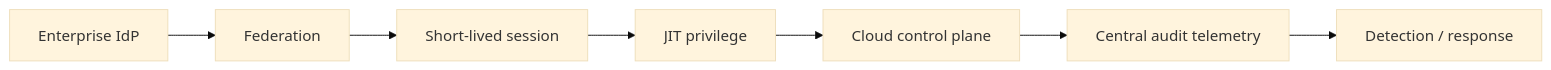
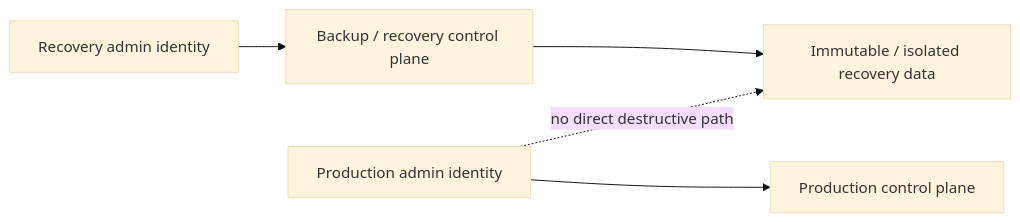
The diagram in architecture/cloud-controls.md (moruku36/security-landscape-2026), drawn with Mermaid (base theme) before and after one commit. The commit also changed other lines of this file, not shown here.

Commit message:
docs: deepen Azure AWS GCP control mapping

````diff
--- a/architecture/cloud-controls.md
+++ b/architecture/cloud-controls.md
@@ -64,9 +206,13 @@
 ```mermaid
 flowchart LR
-    IDP[Enterprise IdP] --> FED[Federation]
-    FED --> TEMP[Short-lived session]
-    TEMP --> JIT[JIT privilege]
-    JIT --> CP[Cloud control plane]
-    CP --> LOG[Central audit telemetry]
-    LOG --> DET[Detection / response]
+    PROD[Production admin identity]
+    REC[Recovery admin identity]
+    CP[Production control plane]
+    BK[Backup / recovery control plane]
+    IMM[Immutable / isolated recovery data]
+
+    PROD --> CP
+    REC --> BK
+    BK --> IMM
+    PROD -. no direct destructive path .-> IMM
 ```
````
